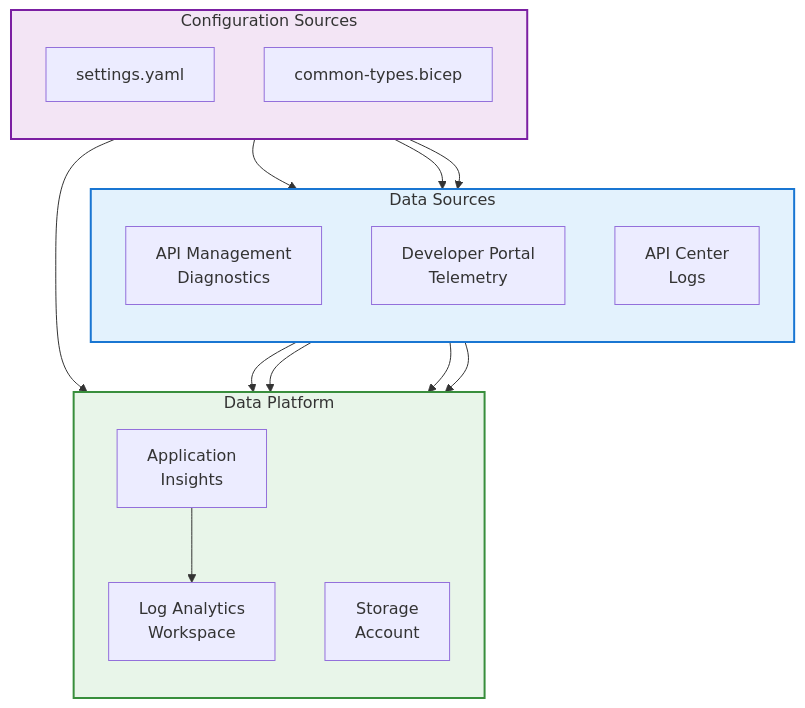
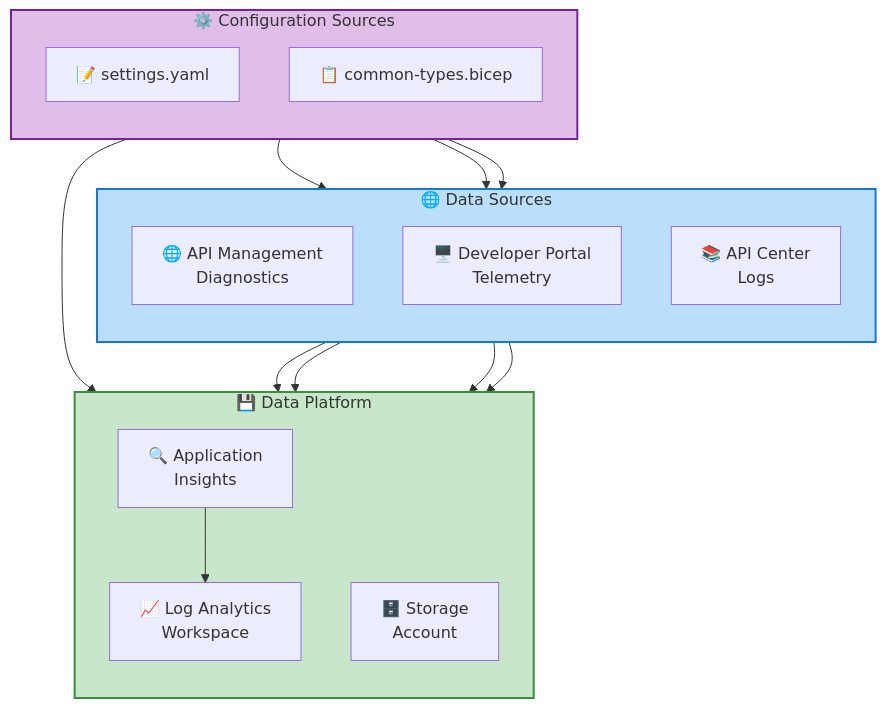
Before and after one commit to Evilazaro/APIM-Accelerator: the ninth of 10 diagrams in docs/architecture/Data_Architecture_Document.md, drawn with Mermaid. The commit also changed other lines of this file, not shown here.

Commit message:
Enhance Data Architecture Document with improved semantic icons and color schemes for better clarity and visual appeal

````diff
--- a/docs/architecture/Data_Architecture_Document.md
+++ b/docs/architecture/Data_Architecture_Document.md
@@ -515,37 +518,40 @@
 ```mermaid
 %%{init: {"flowchart": {"htmlLabels": false}} }%%
+%% ============================================
+%% COLOR SCHEME: Semantic (platform=green, sources=blue, config=purple)
+%% ============================================
 flowchart TB
-    subgraph data_platform["Data Platform"]
+    subgraph data_platform["💾 Data Platform"]
         direction TB
-        LAW["Log Analytics<br/>Workspace"]
-        AI["Application<br/>Insights"]
-        SA["Storage<br/>Account"]
+        LAW["📈 Log Analytics<br/>Workspace"]
+        AI["🔍 Application<br/>Insights"]
+        SA["🗄️ Storage<br/>Account"]
     end
 
-    subgraph data_sources["Data Sources"]
+    subgraph data_sources["🌐 Data Sources"]
         direction TB
-        APIM["API Management<br/>Diagnostics"]
-        PORTAL["Developer Portal<br/>Telemetry"]
-        CENTER["API Center<br/>Logs"]
+        APIM["🌐 API Management<br/>Diagnostics"]
+        PORTAL["🖥️ Developer Portal<br/>Telemetry"]
+        CENTER["📚 API Center<br/>Logs"]
     end
 
-    subgraph config_sources["Configuration Sources"]
+    subgraph config_sources["⚙️ Configuration Sources"]
         direction TB
-        YAML["settings.yaml"]
-        TYPES["common-types.bicep"]
+        YAML["📝 settings.yaml"]
+        TYPES["📋 common-types.bicep"]
     end
 
     APIM --> LAW
     APIM --> SA
     PORTAL --> AI
     CENTER --> LAW
     AI --> LAW
     YAML --> APIM
     YAML --> LAW
     TYPES --> APIM
     TYPES --> CENTER
 
-    style data_platform fill:#E8F5E9,stroke:#388E3C,stroke-width:2px
-    style data_sources fill:#E3F2FD,stroke:#1976D2,stroke-width:2px
-    style config_sources fill:#F3E5F5,stroke:#7B1FA2,stroke-width:2px
+    style data_platform fill:#C8E6C9,stroke:#388E3C,stroke-width:2px
+    style data_sources fill:#BBDEFB,stroke:#1976D2,stroke-width:2px
+    style config_sources fill:#E1BEE7,stroke:#7B1FA2,stroke-width:2px
 ```
````
